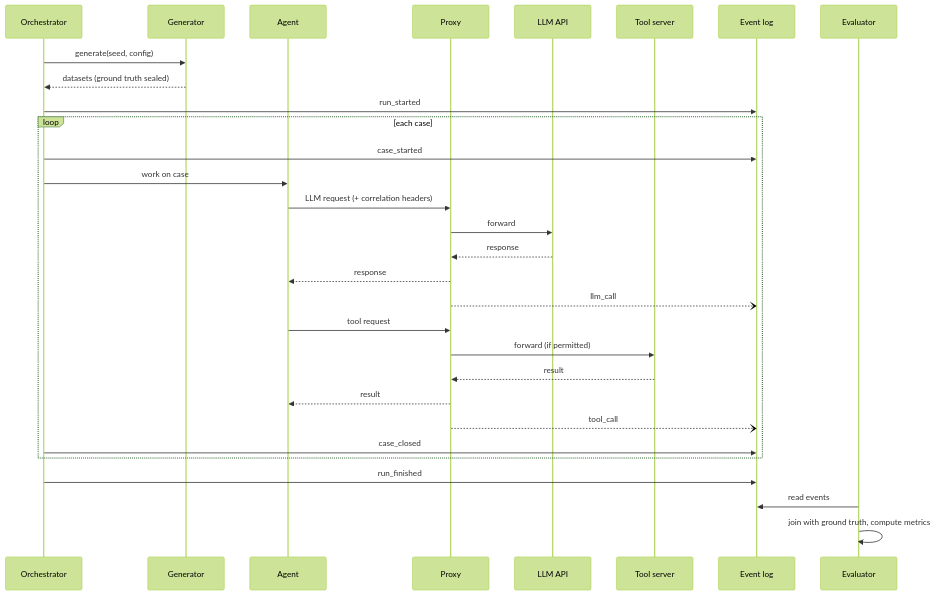
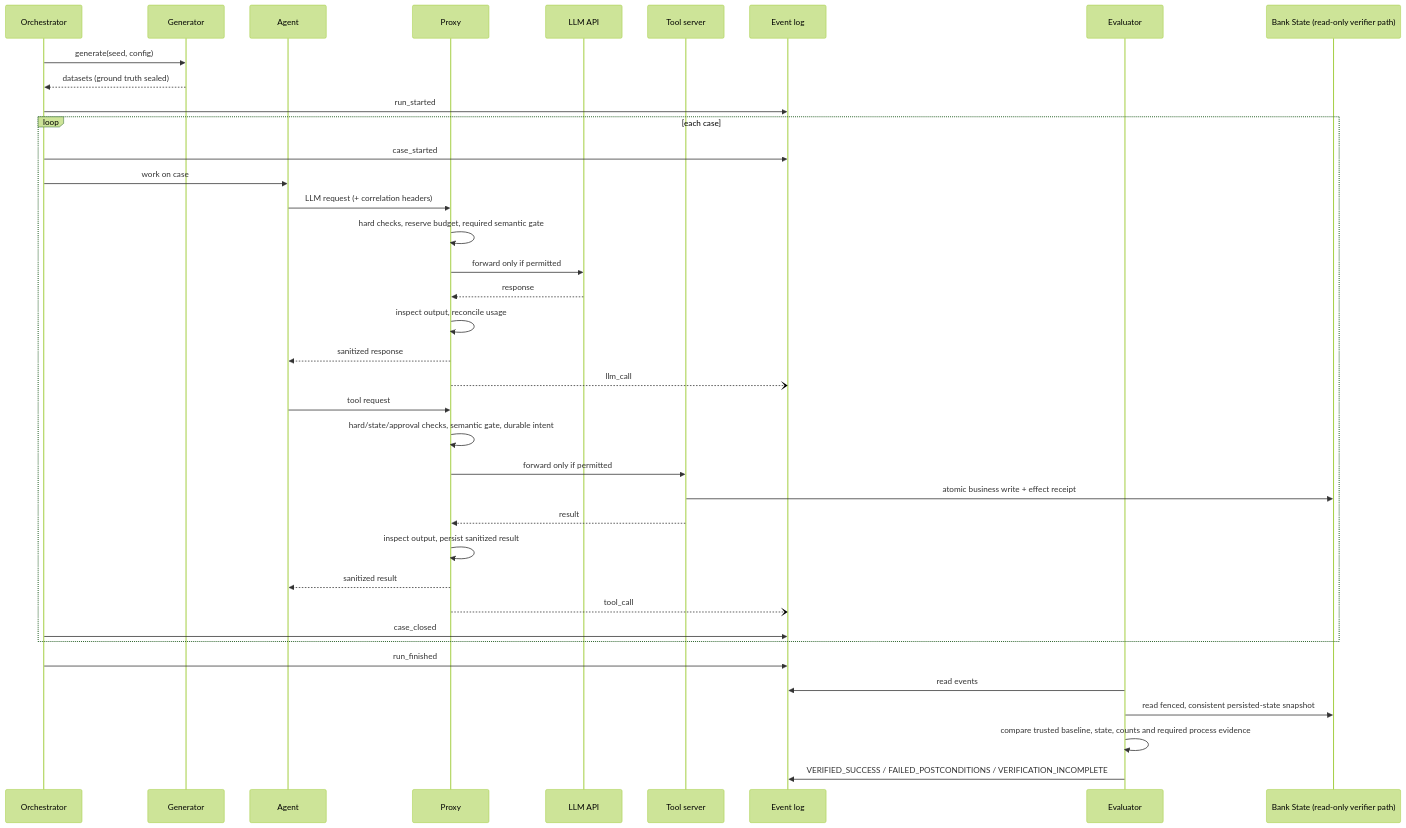
One commit to HardCounter/Hack-Yeah-2026 changed the second of 2 diagrams in docs/system-architecture.md. Above: the diagram before and after it, drawn with Mermaid (forest theme). The commit also changed other lines of this file and 6 other files, not shown here.

Commit message:
docs: align KYC architecture with trusted runtime boundaries

````diff
--- a/docs/system-architecture.md
+++ b/docs/system-architecture.md
@@ -259,33 +297,41 @@
 ```mermaid
 sequenceDiagram
     participant O as Orchestrator
     participant G as Generator
     participant A as Agent
     participant P as Proxy
     participant L as LLM API
     participant T as Tool server
     participant B as Event log
     participant E as Evaluator
+    participant S as Bank State (read-only verifier path)
 
     O->>G: generate(seed, config)
     G-->>O: datasets (ground truth sealed)
     O->>B: run_started
     loop each case
         O->>B: case_started
         O->>A: work on case
         A->>P: LLM request (+ correlation headers)
-        P->>L: forward
+        P->>P: hard checks, reserve budget, required semantic gate
+        P->>L: forward only if permitted
         L-->>P: response
-        P-->>A: response
+        P->>P: inspect output, reconcile usage
+        P-->>A: sanitized response
         P--)B: llm_call
         A->>P: tool request
-        P->>T: forward (if permitted)
+        P->>P: hard/state/approval checks, semantic gate, durable intent
+        P->>T: forward only if permitted
+        T->>S: atomic business write + effect receipt
         T-->>P: result
-        P-->>A: result
+        P->>P: inspect output, persist sanitized result
+        P-->>A: sanitized result
         P--)B: tool_call
         O->>B: case_closed
     end
     O->>B: run_finished
     E->>B: read events
-    E->>E: join with ground truth, compute metrics
+    E->>S: read fenced, consistent persisted-state snapshot
+    E->>E: compare trusted baseline, state, counts and required process evidence
+    E->>B: VERIFIED_SUCCESS / FAILED_POSTCONDITIONS / VERIFICATION_INCOMPLETE
 ```
````
